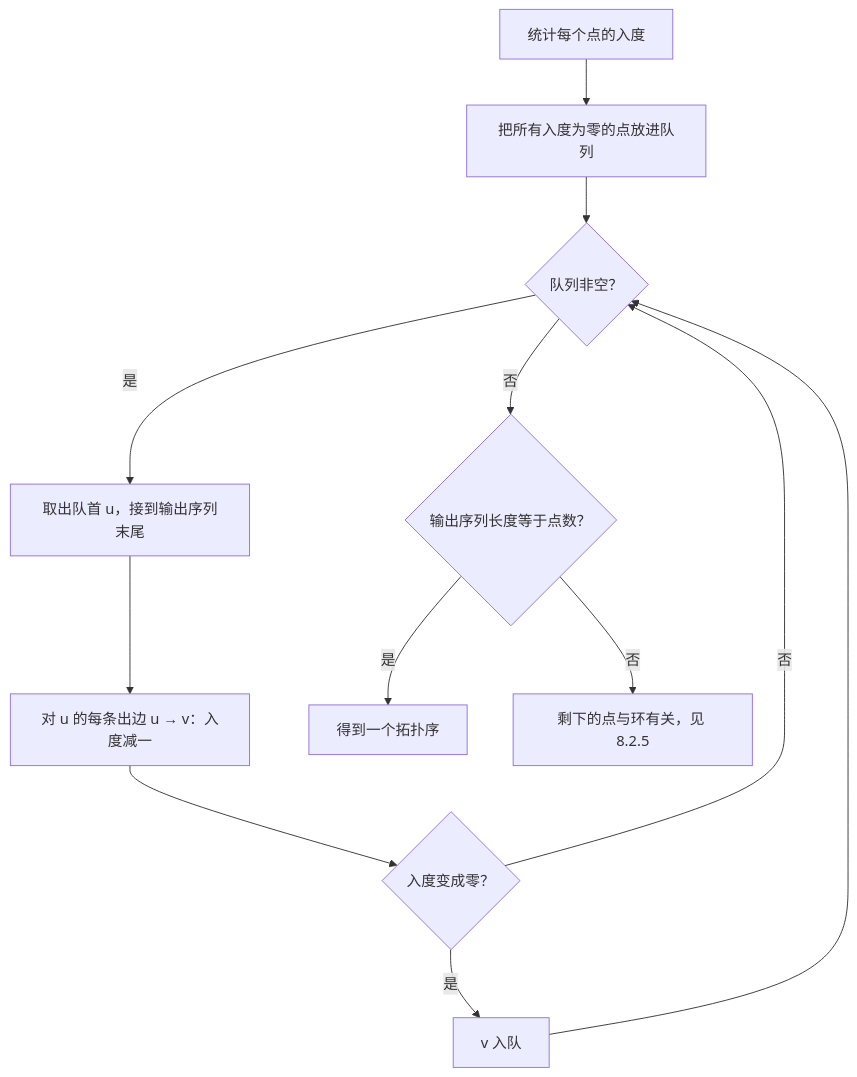
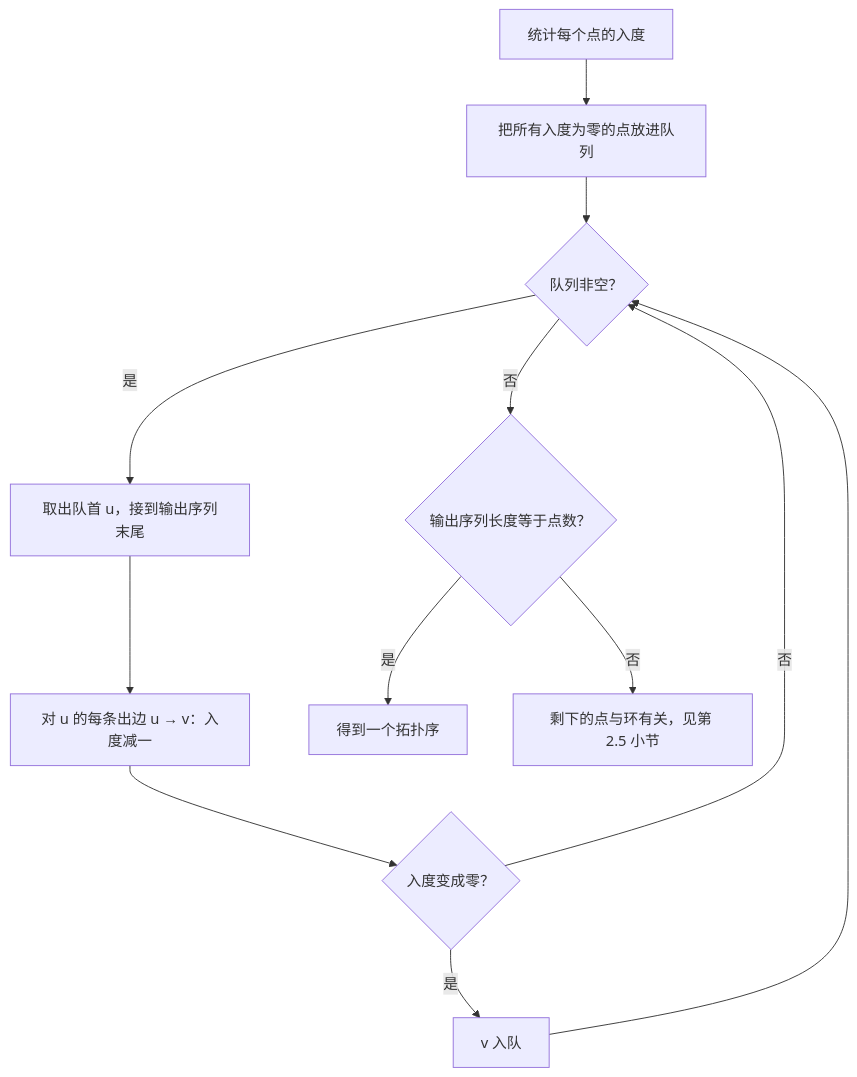
Before and after one commit to HiBer2007/LearnC-: the second of 3 diagrams in 08-一些散落的算法/08-图上的结构性问题.md, drawn with Mermaid. The commit also changed other lines of this file and 9 other files, not shown here.

````diff
--- a/08-一些散落的算法/08-图上的结构性问题.md
+++ b/08-一些散落的算法/08-图上的结构性问题.md
@@ -192,14 +192,14 @@
 ```mermaid
 flowchart TD
     A["统计每个点的入度"] --> B["把所有入度为零的点放进队列"]
     B --> C{"队列非空？"}
     C -->|"是"| D["取出队首 u，接到输出序列末尾"]
     D --> E["对 u 的每条出边 u → v：入度减一"]
     E --> F{"入度变成零？"}
     F -->|"是"| G["v 入队"]
     F -->|"否"| C
     G --> C
     C -->|"否"| H{"输出序列长度等于点数？"}
     H -->|"是"| I["得到一个拓扑序"]
-    H -->|"否"| J["剩下的点与环有关，见 8.2.5"]
+    H -->|"否"| J["剩下的点与环有关，见第 2.5 小节"]
 ```
````
